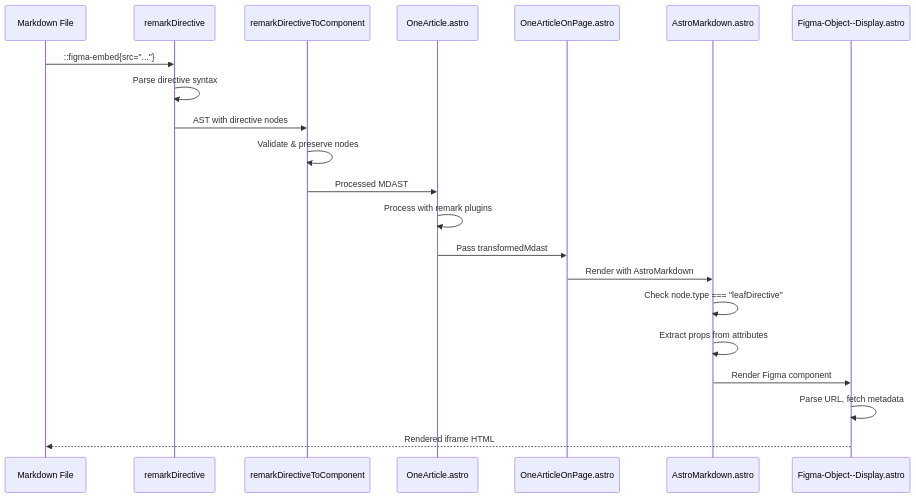
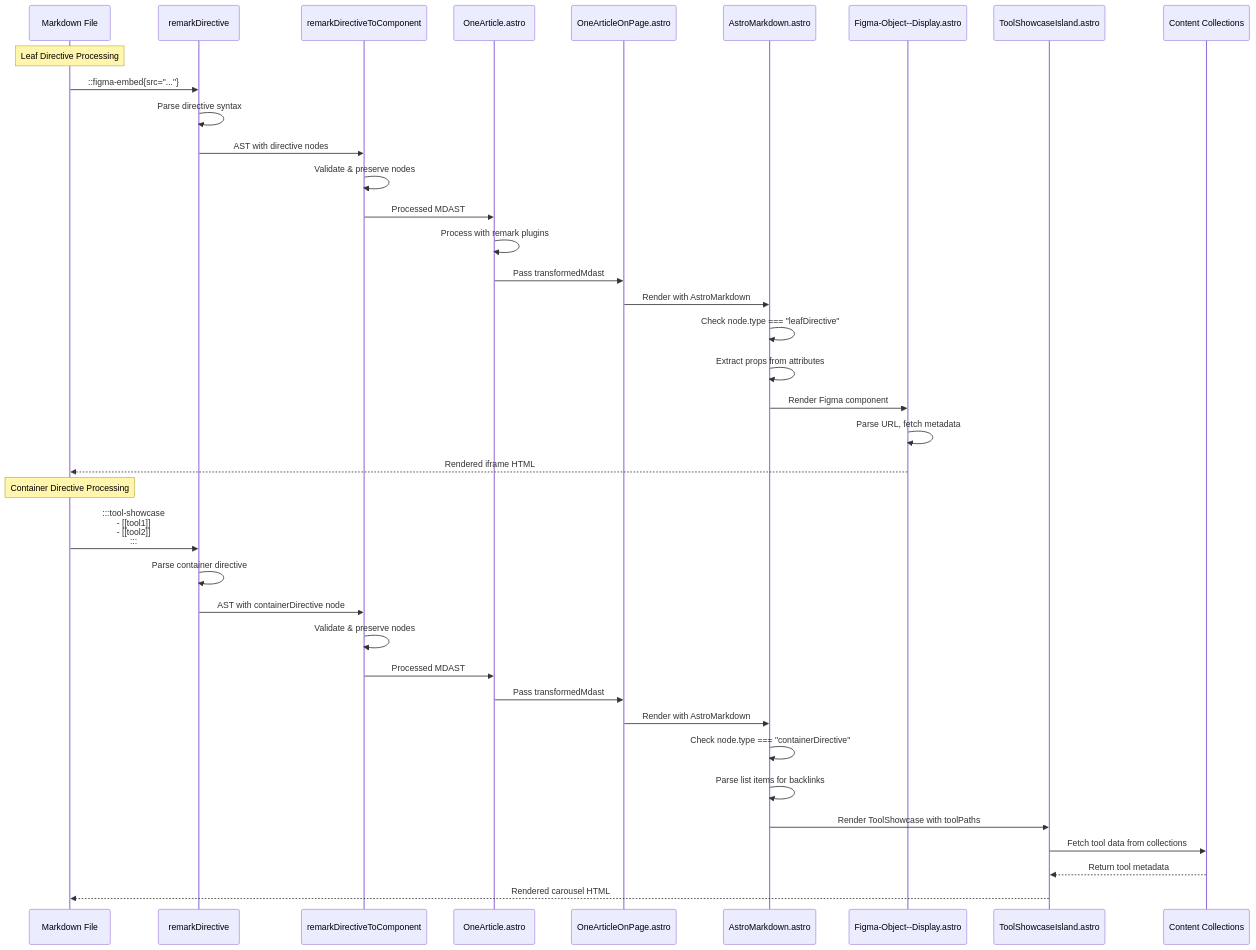
The second of 2 diagrams in lost-in-public/blueprints/Maintain-Directives-in-Extended-Markdown-Render-Pipeline.md (lossless-group/lossless-content), drawn with Mermaid before and after one commit. The commit also changed other lines of this file and 1 other file, not shown here.

First line of the commit message:
milestone(directives): directives now render properly, updated the blueprint and the market map

````diff
--- a/lost-in-public/blueprints/Maintain-Directives-in-Extended-Markdown-Render-Pipeline.md
+++ b/lost-in-public/blueprints/Maintain-Directives-in-Extended-Markdown-Render-Pipeline.md
@@ -310,24 +422,42 @@
 ```mermaid
 sequenceDiagram
     participant MD as Markdown File
     participant RD as remarkDirective
     participant RDC as remarkDirectiveToComponent  
     participant OA as OneArticle.astro
     participant OAOP as OneArticleOnPage.astro
     participant AM as AstroMarkdown.astro
     participant FO as Figma-Object--Display.astro
+    participant TS as ToolShowcaseIsland.astro
+    participant CC as Content Collections
     
+    Note over MD: Leaf Directive Processing
     MD->>RD: ::figma-embed{src="..."}
     RD->>RD: Parse directive syntax
     RD->>RDC: AST with directive nodes
     RDC->>RDC: Validate & preserve nodes
     RDC->>OA: Processed MDAST
     OA->>OA: Process with remark plugins
     OA->>OAOP: Pass transformedMdast
     OAOP->>AM: Render with AstroMarkdown
     AM->>AM: Check node.type === "leafDirective"
     AM->>AM: Extract props from attributes
     AM->>FO: Render Figma component
     FO->>FO: Parse URL, fetch metadata
     FO-->>MD: Rendered iframe HTML
+    
+    Note over MD: Container Directive Processing
+    MD->>RD: :::tool-showcase<br/>- [[tool1]]<br/>- [[tool2]]<br/>:::
+    RD->>RD: Parse container directive
+    RD->>RDC: AST with containerDirective node
+    RDC->>RDC: Validate & preserve nodes
+    RDC->>OA: Processed MDAST
+    OA->>OAOP: Pass transformedMdast
+    OAOP->>AM: Render with AstroMarkdown
+    AM->>AM: Check node.type === "containerDirective"
+    AM->>AM: Parse list items for backlinks
+    AM->>TS: Render ToolShowcase with toolPaths
+    TS->>CC: Fetch tool data from collections
+    CC-->>TS: Return tool metadata
+    TS-->>MD: Rendered carousel HTML
 ```
````
